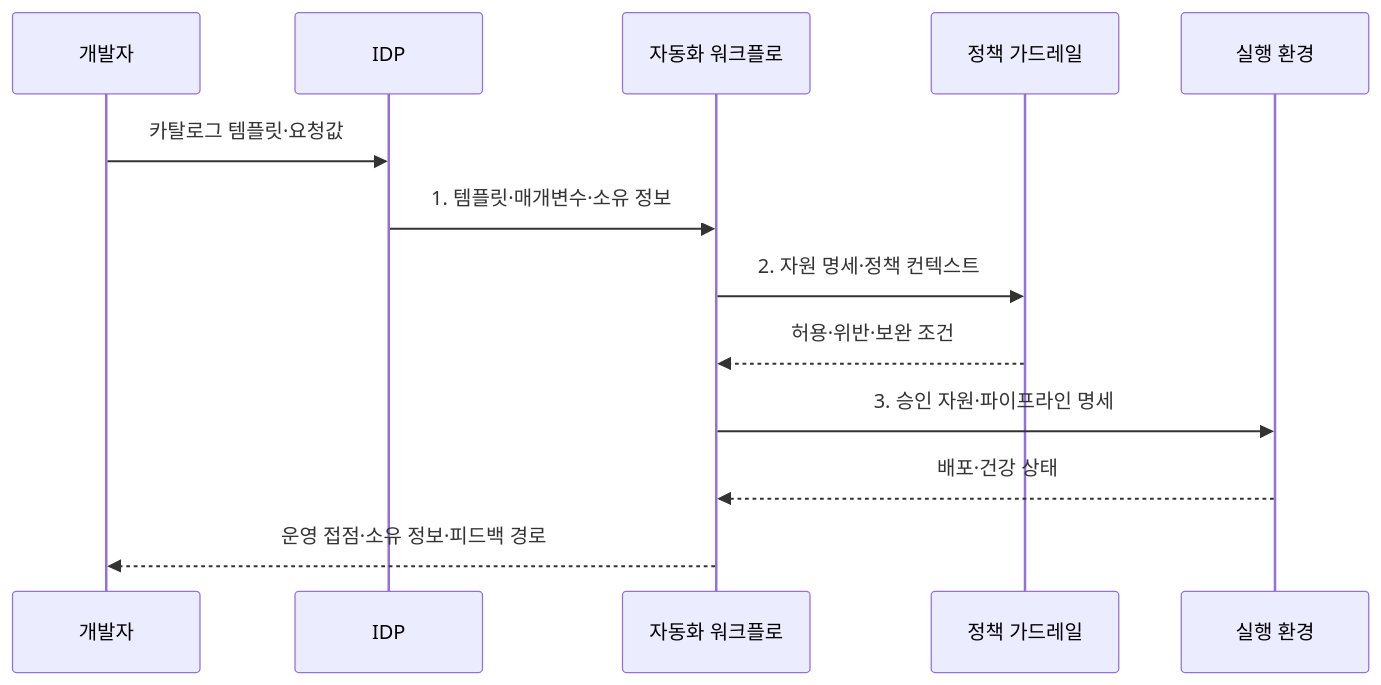
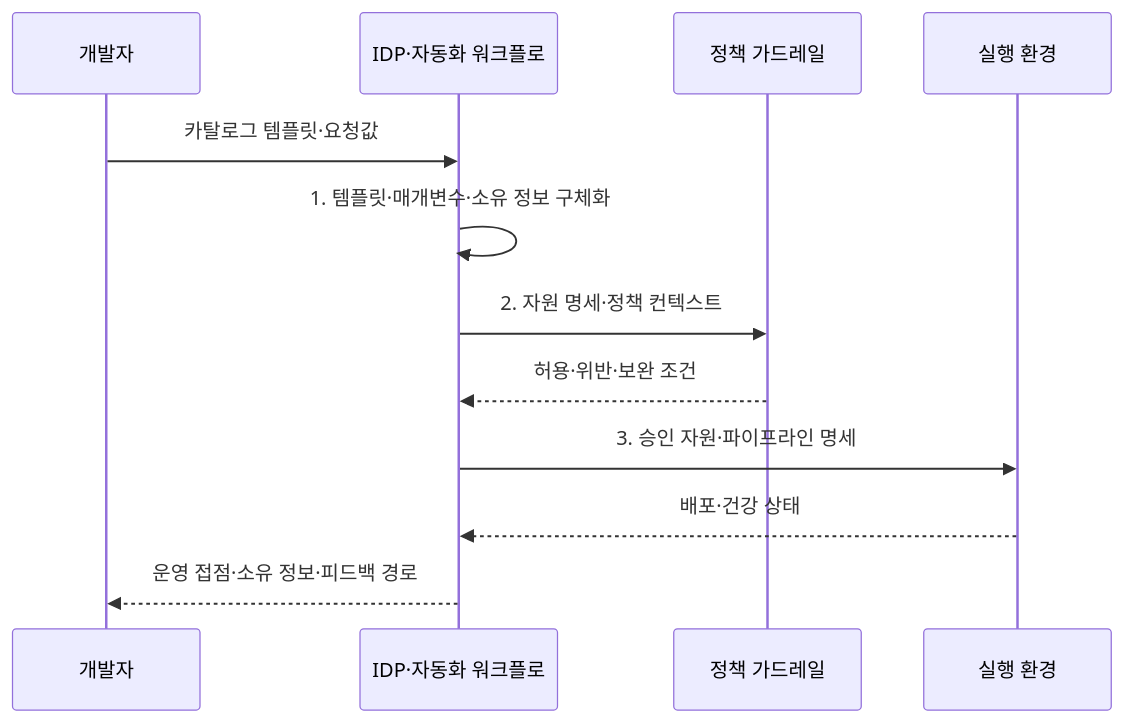
The second of 2 diagrams in src/content/docs/notes/03-software/082_platform_engineering_idp.md (agnusdei1207/knowledge-base), drawn with Mermaid before and after one commit. The commit also changed 7 other files, not shown here.

Commit message:
Streamline software data diagrams

````diff
--- a/src/content/docs/notes/03-software/082_platform_engineering_idp.md
+++ b/src/content/docs/notes/03-software/082_platform_engineering_idp.md
@@ -102,15 +102,14 @@
 ```mermaid
 sequenceDiagram
     participant D as 개발자
-    participant P as IDP
-    participant W as 자동화 워크플로
+    participant P as IDP·자동화 워크플로
     participant G as 정책 가드레일
     participant R as 실행 환경
     D->>P: 카탈로그 템플릿·요청값
-    P->>W: 1. 템플릿·매개변수·소유 정보
-    W->>G: 2. 자원 명세·정책 컨텍스트
-    G-->>W: 허용·위반·보완 조건
-    W->>R: 3. 승인 자원·파이프라인 명세
-    R-->>W: 배포·건강 상태
-    W-->>D: 운영 접점·소유 정보·피드백 경로
+    P->>P: 1. 템플릿·매개변수·소유 정보 구체화
+    P->>G: 2. 자원 명세·정책 컨텍스트
+    G-->>P: 허용·위반·보완 조건
+    P->>R: 3. 승인 자원·파이프라인 명세
+    R-->>P: 배포·건강 상태
+    P-->>D: 운영 접점·소유 정보·피드백 경로
 ```
````
